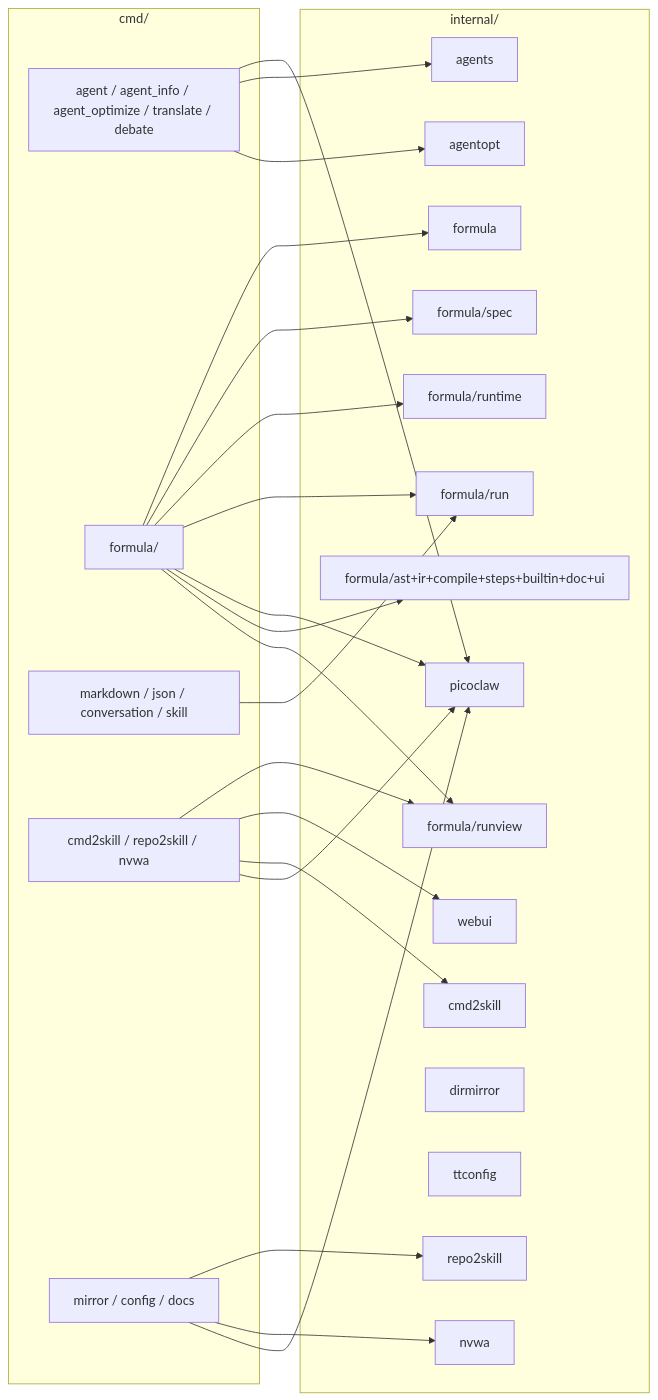
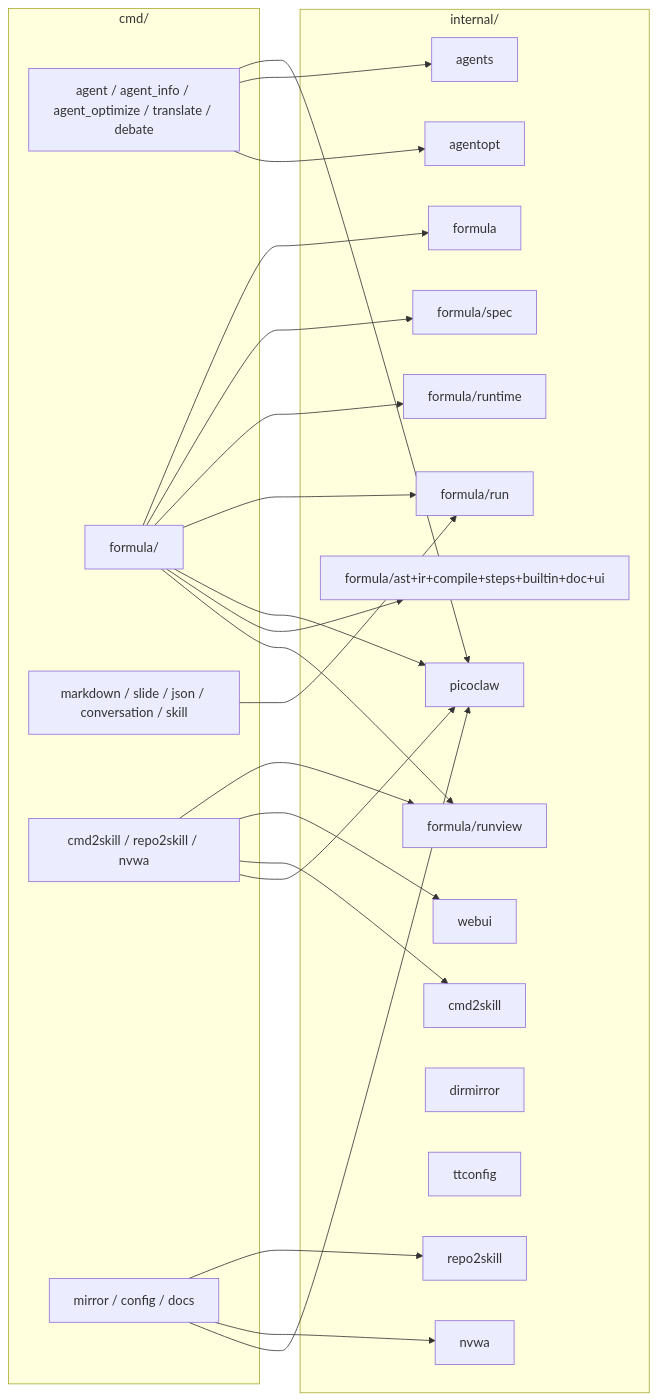
Before and after one commit to sjzsdu/tt: the first of 2 diagrams in ai-docs/module-map.md, drawn with Mermaid. The commit also changed other lines of this file and 15 other files, not shown here.

````diff
--- a/ai-docs/module-map.md
+++ b/ai-docs/module-map.md
@@ -16,47 +16,47 @@
 ```mermaid
 flowchart LR
     subgraph CMD[cmd/]
         C1[agent / agent_info / agent_optimize / translate / debate]
         C2[formula/]
-        C3[markdown / json / conversation / skill]
+        C3[markdown / slide / json / conversation / skill]
         C4[cmd2skill / repo2skill / nvwa]
         C5[mirror / config / docs]
     end
 
     subgraph INT[internal/]
         I1[picoclaw]
         I2[agents]
         I3[formula]
         I4[formula/spec]
         I5[formula/runtime]
         I6[formula/run]
         I7[formula/runview]
         I8[webui]
         I9[cmd2skill]
         I10[repo2skill]
         I11[nvwa]
         I12[dirmirror]
         I13[ttconfig]
         I14[agentopt]
         I15[formula/ast+ir+compile+steps+builtin+doc+ui]
     end
 
     C1 --> I1
     C1 --> I2
     C1 --> I14
     C2 --> I3
     C2 --> I4
     C2 --> I5
     C2 --> I6
     C2 --> I1
     C2 --> I15
     C2 --> I7
     C3 --> I6
     C4 --> I7
     C4 --> I8
     C4 --> I9
     C4 --> I1
     C5 --> I10
     C5 --> I11
     C5 --> I1
 ```
````
